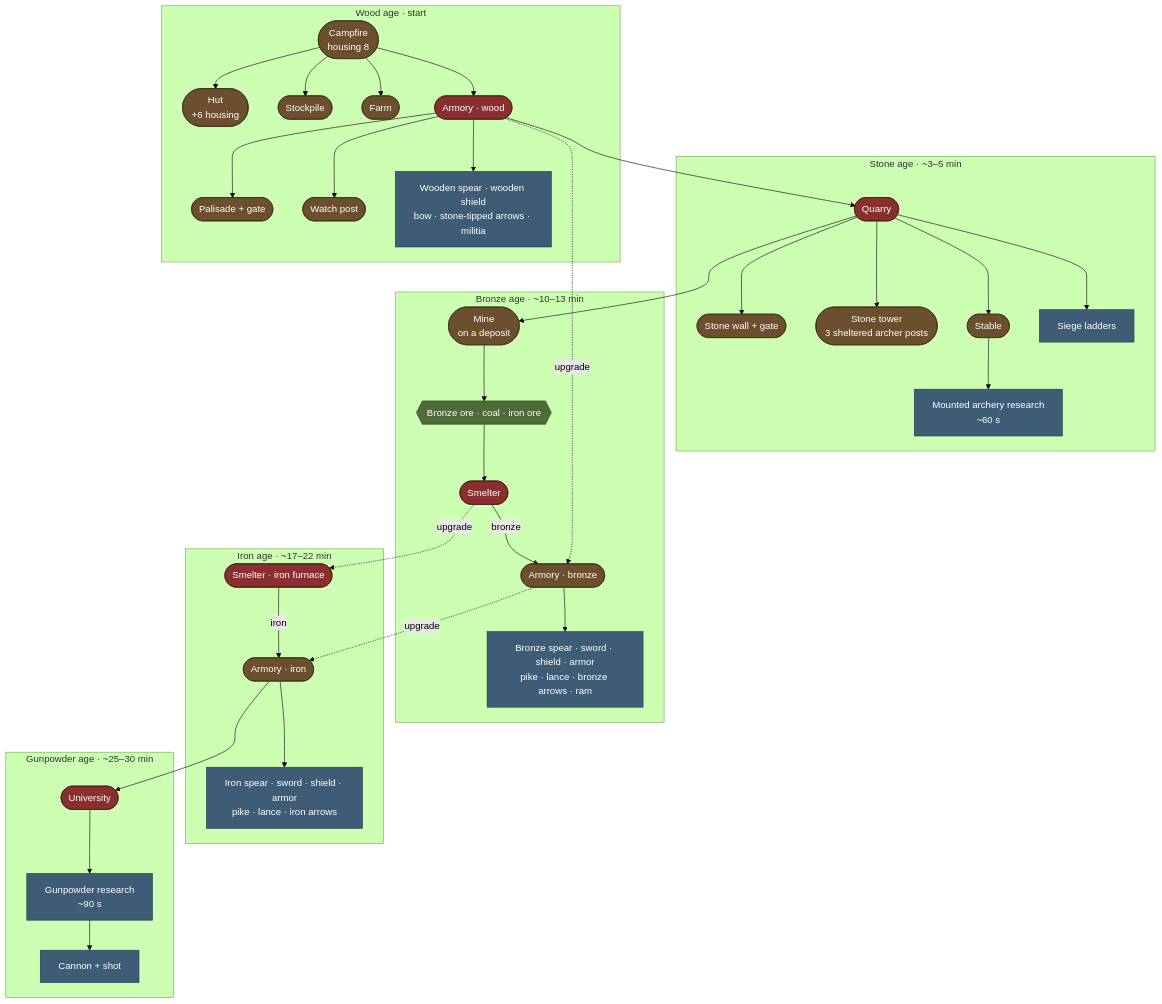
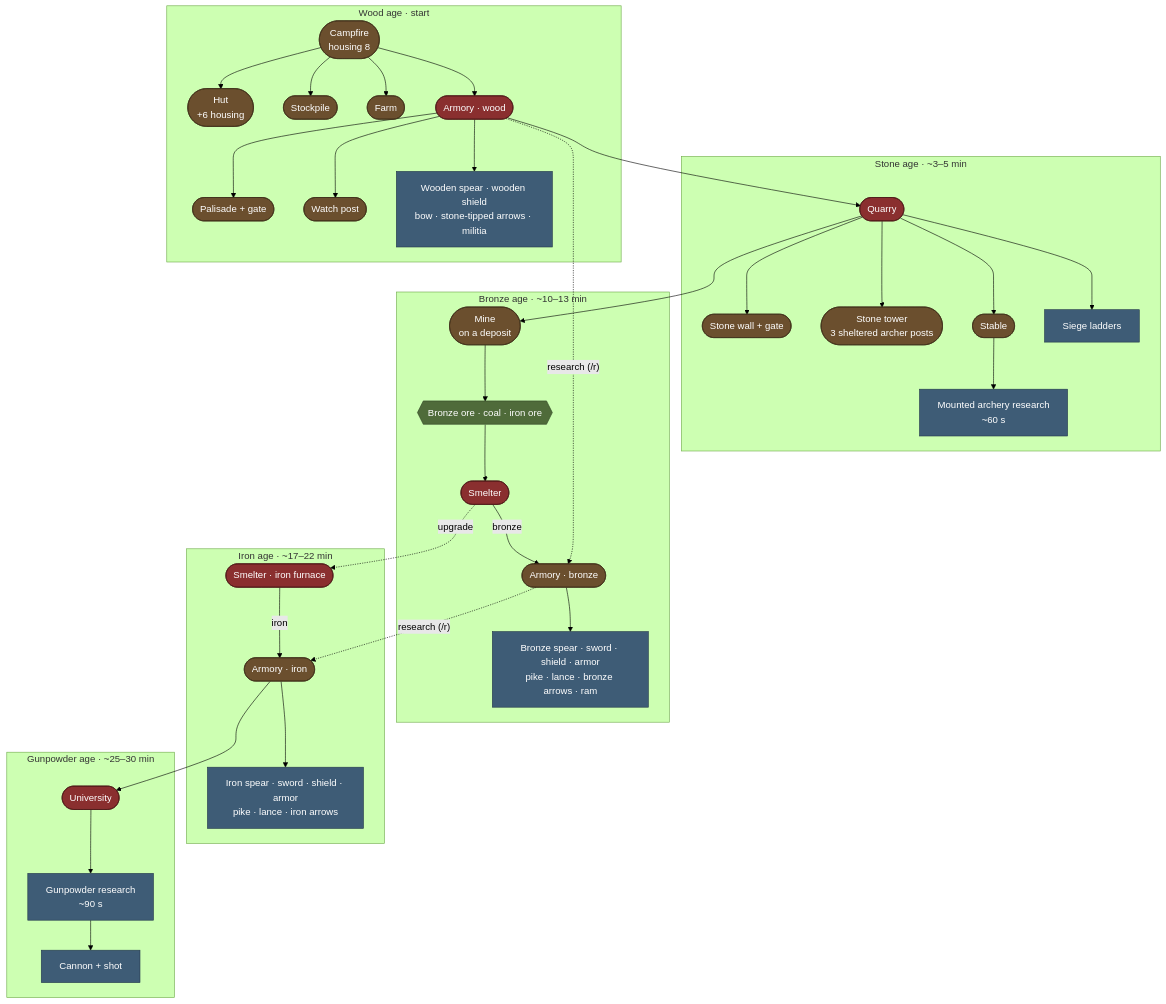
The first of 4 diagrams in TECH_TREE.md (BenNorbom/MarchHold), drawn with Mermaid (forest theme) before and after one commit. The commit also changed other lines of this file and 11 other files, not shown here.

First line of the commit message:
Make armory tiers research that runs without villagers

````diff
--- a/TECH_TREE.md
+++ b/TECH_TREE.md
@@ -11,60 +11,60 @@
 ```mermaid
 flowchart TB
   classDef bld fill:#6b4f2e,stroke:#3d2c18,color:#fff
   classDef item fill:#3e5c76,stroke:#22384a,color:#fff
   classDef res fill:#4f6b3a,stroke:#2e4222,color:#fff
   classDef key fill:#8a2f2f,stroke:#4a1616,color:#fff
 
   subgraph WOOD["Wood age · start"]
     fire(["Campfire<br/>housing 8"]):::bld
     hut(["Hut<br/>+6 housing"]):::bld
     stock(["Stockpile"]):::bld
     farm(["Farm"]):::bld
     armory1(["Armory · wood"]):::key
     palisade(["Palisade + gate"]):::bld
     post(["Watch post"]):::bld
     w_items["Wooden spear · wooden shield<br/>bow · stone-tipped arrows · militia"]:::item
   end
 
   subgraph STONE["Stone age · ~3–5 min"]
     quarry(["Quarry"]):::key
     swall(["Stone wall + gate"]):::bld
     tower(["Stone tower<br/>3 sheltered archer posts"]):::bld
     stable(["Stable"]):::bld
     ladders["Siege ladders"]:::item
     mounted["Mounted archery research<br/>~60 s"]:::item
   end
 
   subgraph BRONZE["Bronze age · ~10–13 min"]
     mine(["Mine<br/>on a deposit"]):::bld
     ores{{"Bronze ore · coal · iron ore"}}:::res
     smelter1(["Smelter"]):::key
     armory2(["Armory · bronze"]):::bld
     b_items["Bronze spear · sword · shield · armor<br/>pike · lance · bronze arrows · ram"]:::item
   end
 
   subgraph IRON["Iron age · ~17–22 min"]
     smelter2(["Smelter · iron furnace"]):::key
     armory3(["Armory · iron"]):::bld
     i_items["Iron spear · sword · shield · armor<br/>pike · lance · iron arrows"]:::item
   end
 
   subgraph GUN["Gunpowder age · ~25–30 min"]
     univ(["University"]):::key
     research["Gunpowder research<br/>~90 s"]:::item
     cannon["Cannon + shot"]:::item
   end
 
   fire --> hut & stock & farm & armory1
   armory1 --> palisade & post & w_items
   armory1 --> quarry
   quarry --> swall & tower & stable & ladders
   stable --> mounted
   quarry --> mine --> ores --> smelter1
   smelter1 -->|"bronze"| armory2 --> b_items
-  armory1 -.->|upgrade| armory2
+  armory1 -.->|"research (/r)"| armory2
   smelter1 -.->|upgrade| smelter2
   smelter2 -->|"iron"| armory3 --> i_items
-  armory2 -.->|upgrade| armory3
+  armory2 -.->|"research (/r)"| armory3
   armory3 --> univ --> research --> cannon
 ```
````
